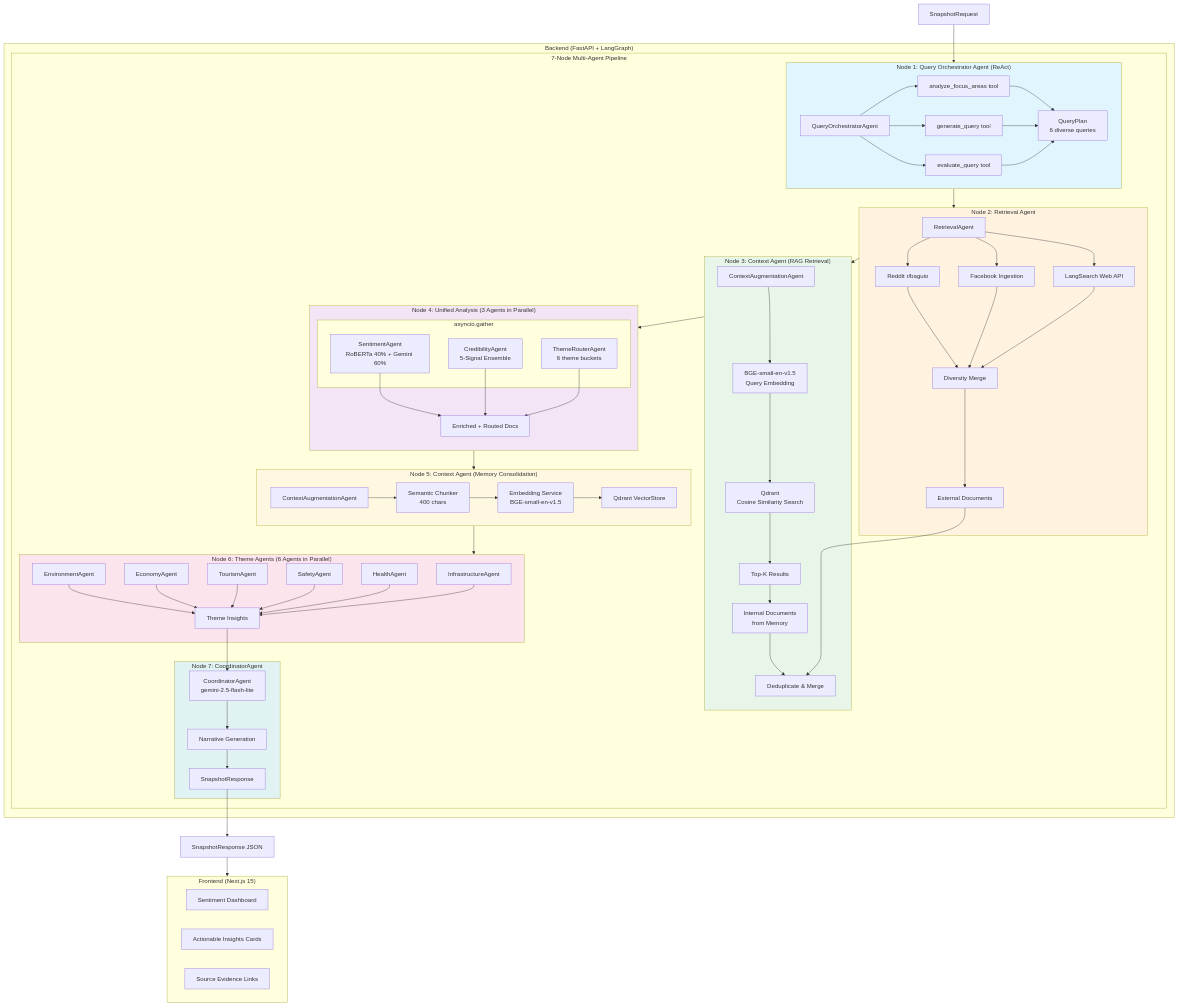
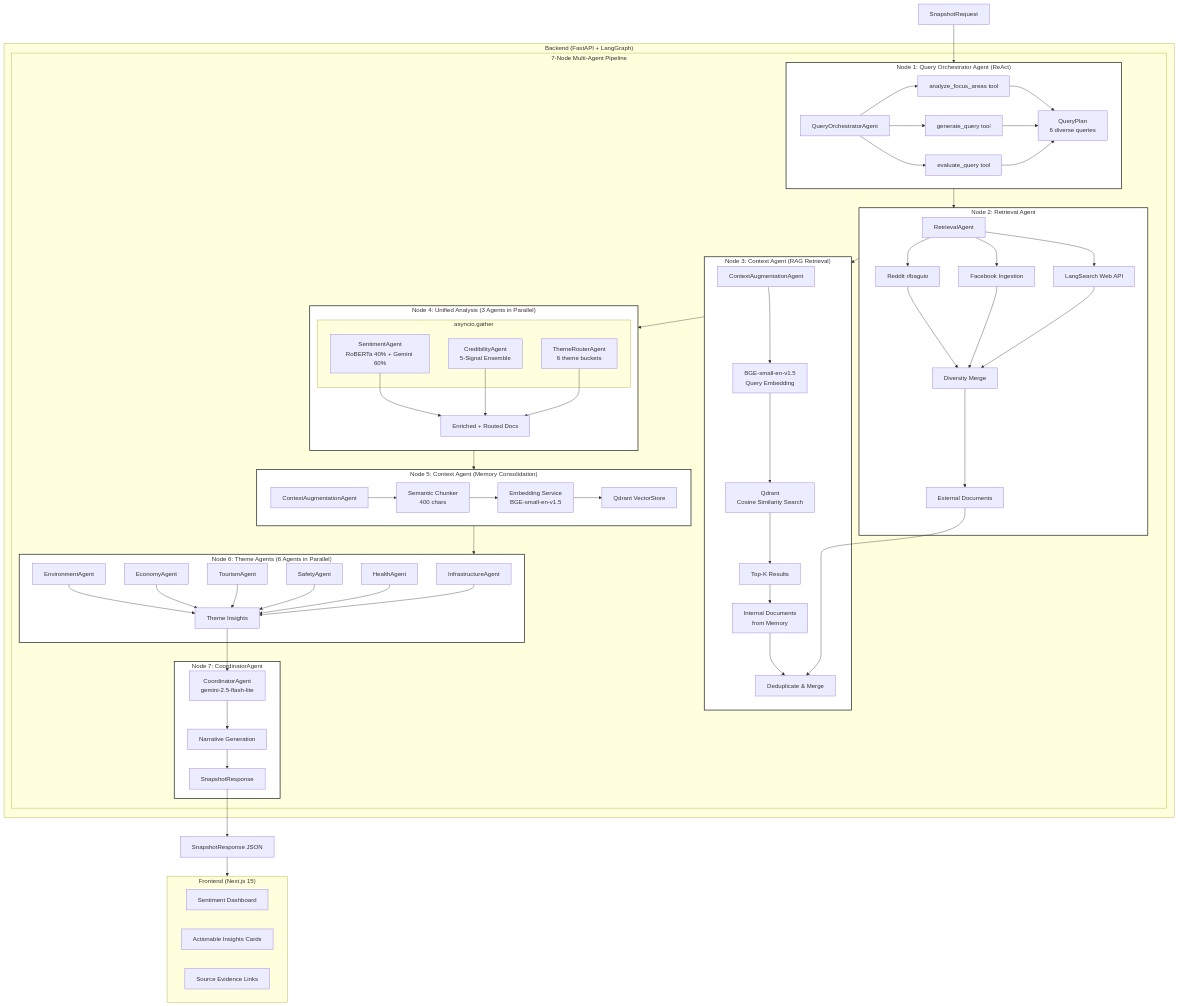
Before and after one commit to donyelqt/Hinaing: the first of 3 diagrams in docs/ARCHITECTURE.md, drawn with Mermaid. The commit also changed other lines of this file, not shown here.

Commit message:
docs(architecture): Clarify theme sub-agents spawning behavior and update diagram styling
- Add detailed note explaining that theme sub-agents are dynamically spawned by ThemeRouterAgent only when their corresponding theme bucket contains documents
- Update theme sub-agents table description to indicate conditional spawning behavior
- Clarify in pipeline step 6 that theme agents are conditionally spawned sub-agents
- Standardize flowchart node styling from colored backgrounds to white fill with consistent borders for better visual consistency
- Improve documentation clarity around agent instantiation and resource optimization

````diff
--- a/docs/ARCHITECTURE.md
+++ b/docs/ARCHITECTURE.md
@@ -170,11 +172,11 @@
     SR --> Response[SnapshotResponse JSON]
     Response --> Frontend
 
-    style Node1 fill:#e1f5fe
-    style Node2 fill:#fff3e0
-    style Node3 fill:#e8f5e9
-    style Node4 fill:#f3e5f5
-    style Node5 fill:#fff8e1
-    style Node6 fill:#fce4ec
-    style Node7 fill:#e0f2f1
+    style Node1 fill:#ffffff,stroke:#333,stroke-width:2px
+    style Node2 fill:#ffffff,stroke:#333,stroke-width:2px
+    style Node3 fill:#ffffff,stroke:#333,stroke-width:2px
+    style Node4 fill:#ffffff,stroke:#333,stroke-width:2px
+    style Node5 fill:#ffffff,stroke:#333,stroke-width:2px
+    style Node6 fill:#ffffff,stroke:#333,stroke-width:2px
+    style Node7 fill:#ffffff,stroke:#333,stroke-width:2px
 ```
````
